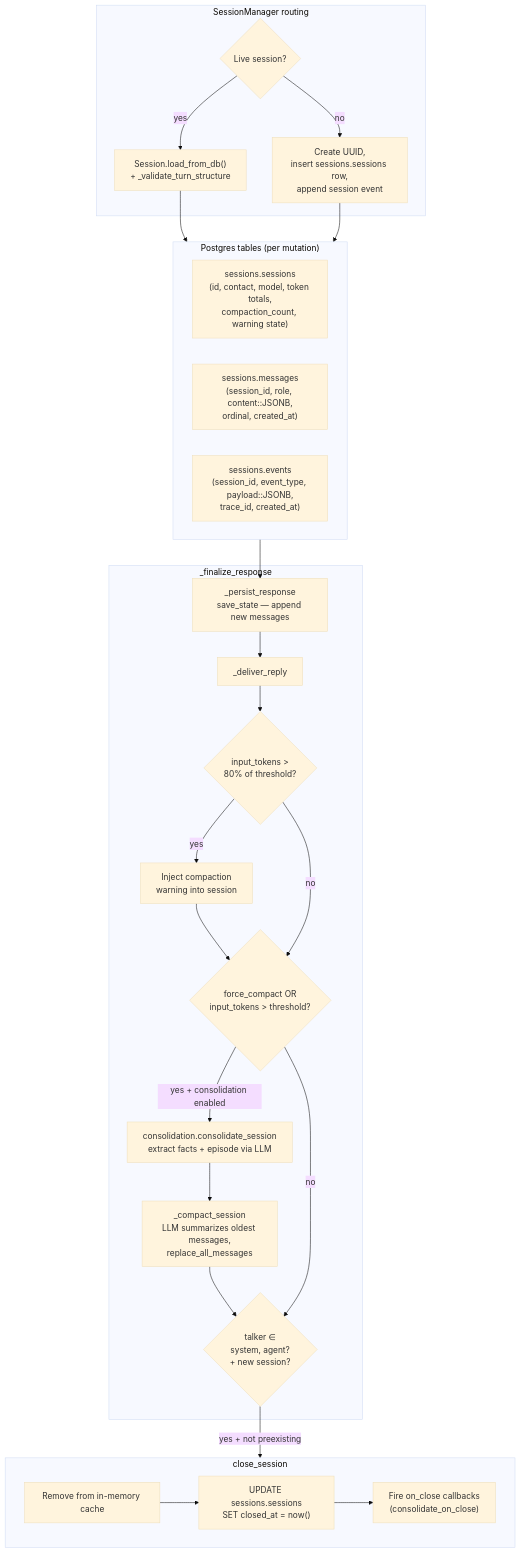
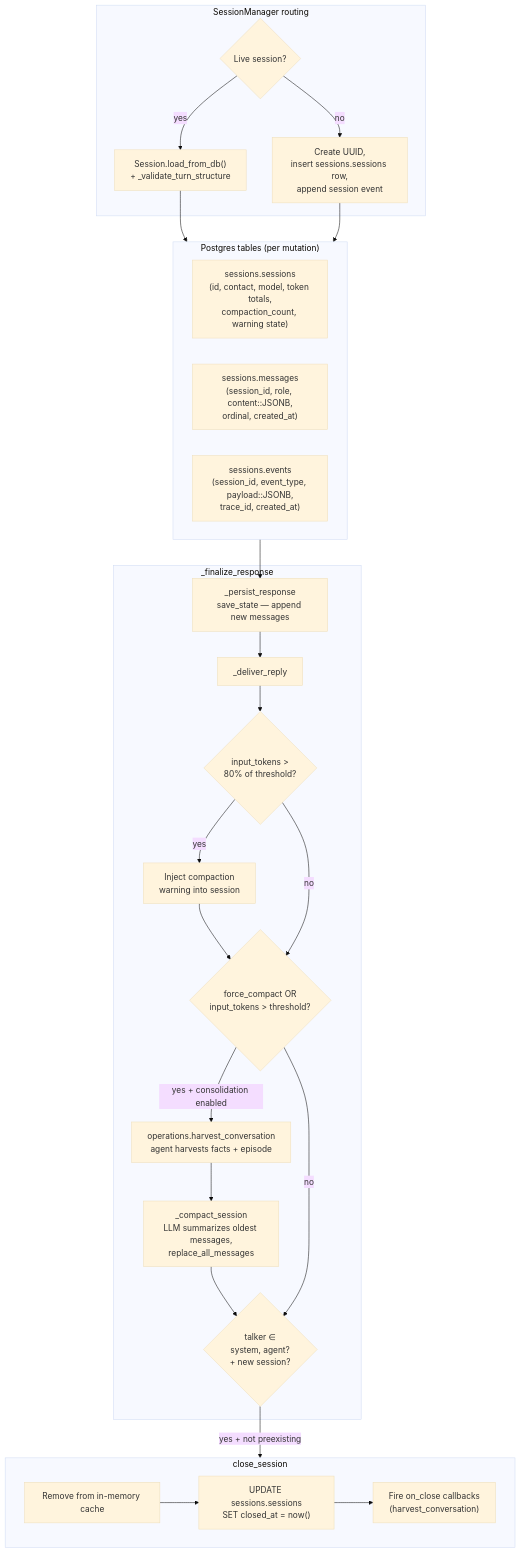
The sixth of 10 diagrams in docs/diagrams.md (nicolasforstinger/lucyd), drawn with Mermaid (base theme) before and after one commit. The commit also changed other lines of this file and 65 other files, not shown here.

````diff
--- a/docs/diagrams.md
+++ b/docs/diagrams.md
@@ -408,43 +402,43 @@
 ```mermaid
 flowchart TD
     subgraph Routing["SessionManager routing"]
         LOOKUP{"Live session?"}
         LOAD["Session.load_from_db()<br/>+ _validate_turn_structure"]
         NEW["Create UUID,<br/>insert sessions.sessions row,<br/>append session event"]
     end
 
     subgraph Storage["Postgres tables (per mutation)"]
         S_SESS["sessions.sessions<br/>(id, contact, model, token totals,<br/>compaction_count, warning state)"]
         S_MSG["sessions.messages<br/>(session_id, role, content::JSONB,<br/>ordinal, created_at)"]
         S_EVT["sessions.events<br/>(session_id, event_type, payload::JSONB,<br/>trace_id, created_at)"]
     end
 
     subgraph Finalize["_finalize_response"]
         PERSIST["_persist_response<br/>save_state — append new messages"]
         DELIVER["_deliver_reply"]
         WARN_CHECK{"input_tokens ><br/>80% of threshold?"}
         WARN["Inject compaction<br/>warning into session"]
         COMPACT_CHECK{"force_compact OR<br/>input_tokens > threshold?"}
-        CONSOLIDATE["consolidation.consolidate_session<br/>extract facts + episode via LLM"]
+        CONSOLIDATE["operations.harvest_conversation<br/>agent harvests facts + episode"]
         COMPACT["_compact_session<br/>LLM summarizes oldest messages,<br/>replace_all_messages"]
         AUTOCLOSE{"talker ∈<br/>system, agent?<br/>+ new session?"}
     end
 
     subgraph Close["close_session"]
         POP["Remove from in-memory cache"]
         MARK["UPDATE sessions.sessions<br/>SET closed_at = now()"]
-        CALLBACKS["Fire on_close callbacks<br/>(consolidate_on_close)"]
+        CALLBACKS["Fire on_close callbacks<br/>(harvest_conversation)"]
     end
 
     LOOKUP -->|yes| LOAD
     LOOKUP -->|no| NEW
     LOAD --> Storage
     NEW --> Storage
     Storage --> PERSIST --> DELIVER --> WARN_CHECK
     WARN_CHECK -->|yes| WARN --> COMPACT_CHECK
     WARN_CHECK -->|no| COMPACT_CHECK
     COMPACT_CHECK -->|"yes + consolidation enabled"| CONSOLIDATE --> COMPACT --> AUTOCLOSE
     COMPACT_CHECK -->|no| AUTOCLOSE
     AUTOCLOSE -->|"yes + not preexisting"| Close
     POP --> MARK --> CALLBACKS
 ```
````
